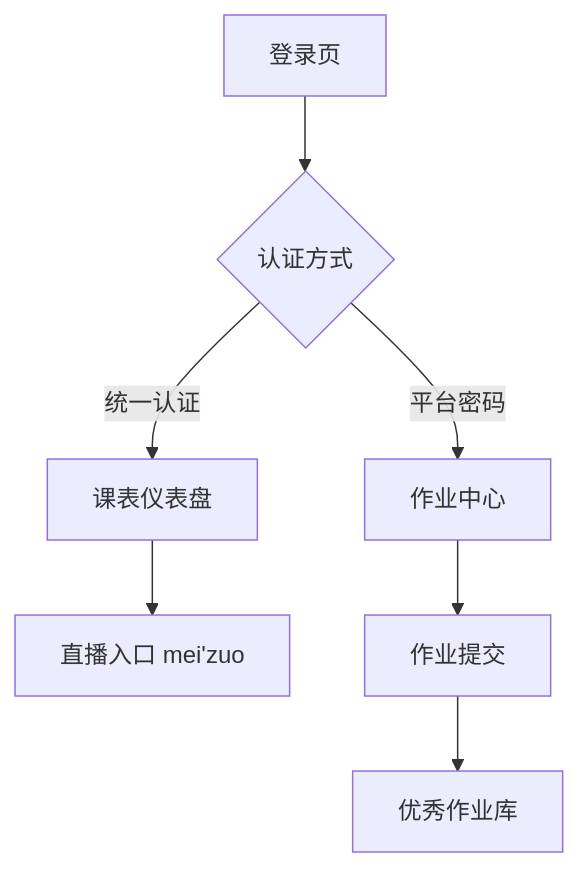
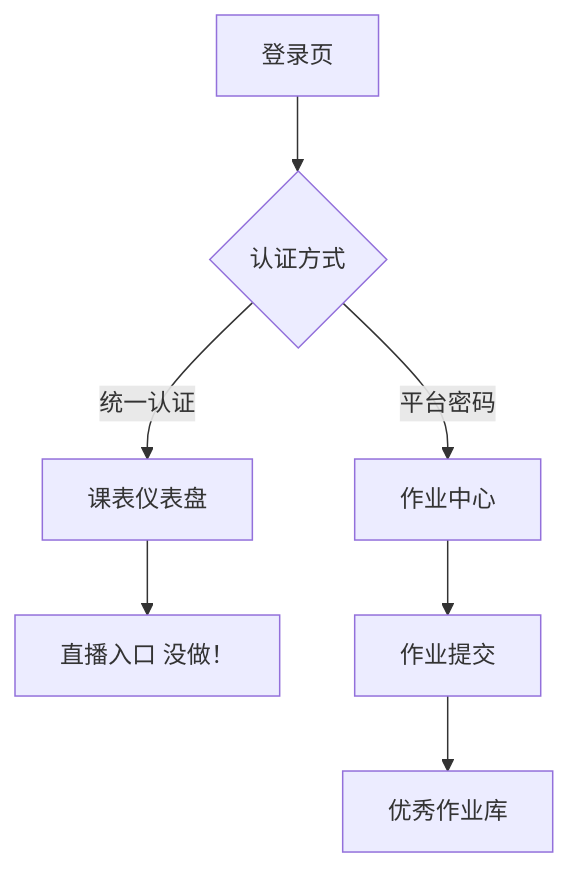
One commit to 57Darling02/BjtuCoursePlatform changed the second of 2 diagrams in README.md. Above: the diagram before and after it, drawn with Mermaid. The commit also changed other lines of this file and 13 other files, not shown here.

````diff
--- a/README.md
+++ b/README.md
@@ -90,9 +99,9 @@
 ```mermaid
 flowchart TD
     A[登录页] --> B{认证方式}
     B -->|统一认证| C[课表仪表盘]
     B -->|平台密码| D[作业中心]
-    C --> E[直播入口 mei'zuo]
+    C --> E[直播入口 没做！]
     D --> F[作业提交]
     F --> G[优秀作业库]
 ```
````
